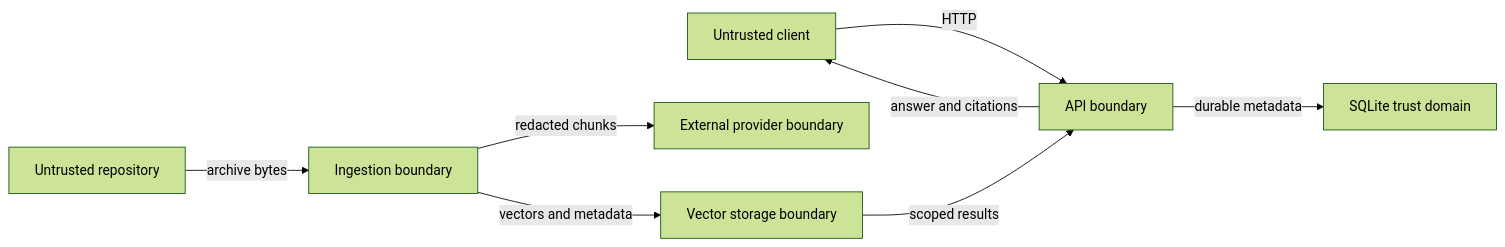
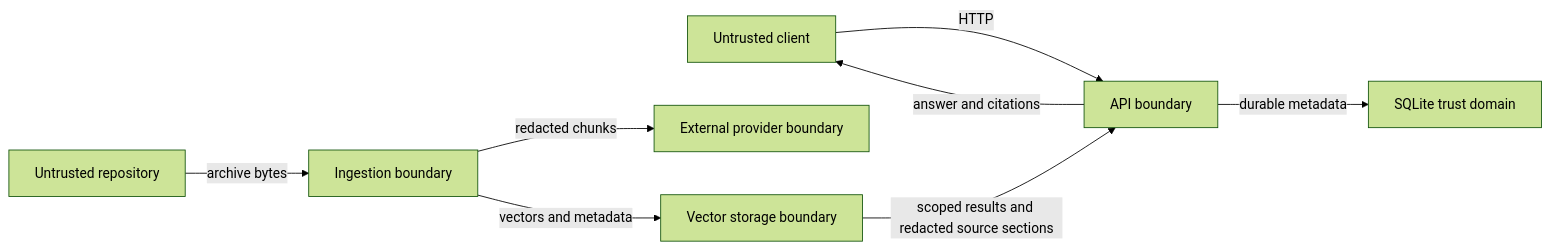
Before and after one commit to ownasquare/codebase-intelligence: the diagram in docs/security/threat-model.md, drawn with Mermaid (forest theme). The commit also changed other lines of this file and 35 other files, not shown here.

````diff
--- a/docs/security/threat-model.md
+++ b/docs/security/threat-model.md
@@ -42,10 +42,10 @@
 ```mermaid
 flowchart LR
     Client["Untrusted client"] -->|HTTP| API["API boundary"]
     Repo["Untrusted repository"] -->|archive bytes| Ingest["Ingestion boundary"]
     API -->|durable metadata| DB["SQLite trust domain"]
     Ingest -->|redacted chunks| Provider["External provider boundary"]
     Ingest -->|vectors and metadata| Qdrant["Vector storage boundary"]
-    Qdrant -->|scoped results| API
+    Qdrant -->|scoped results and redacted source sections| API
     API -->|answer and citations| Client
 ```
````
